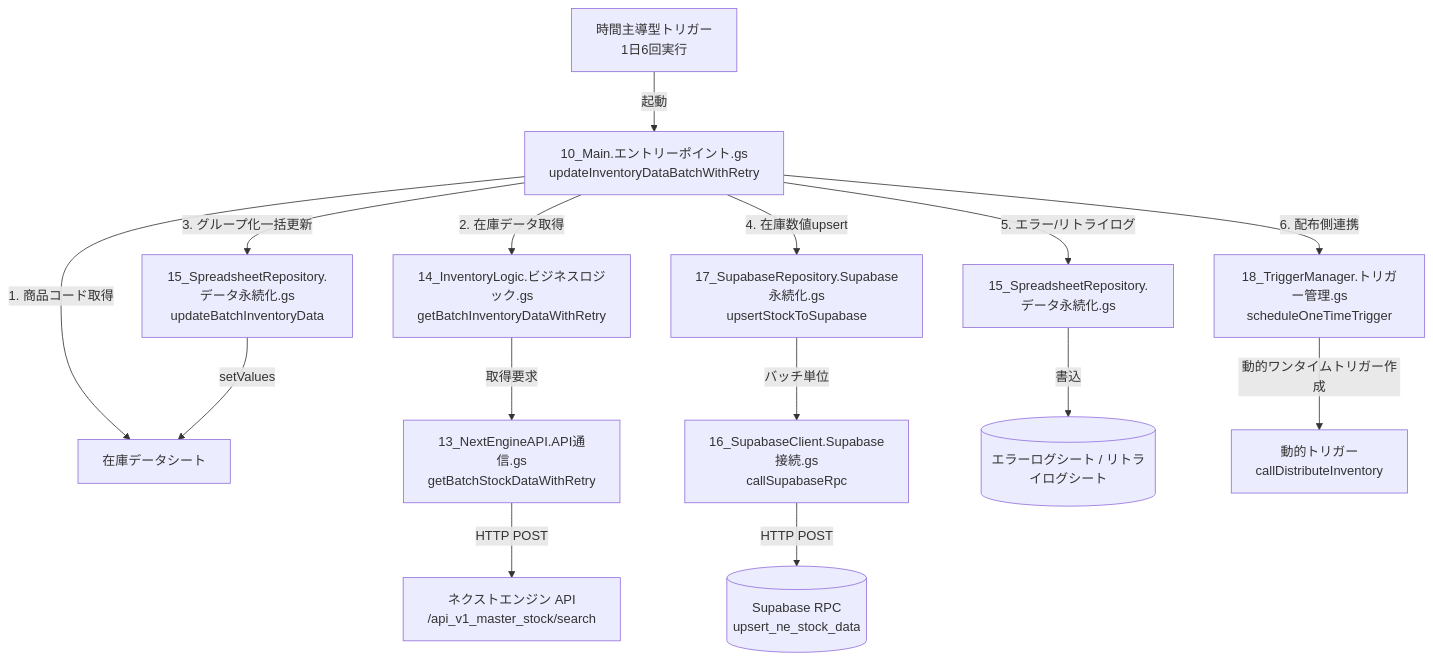
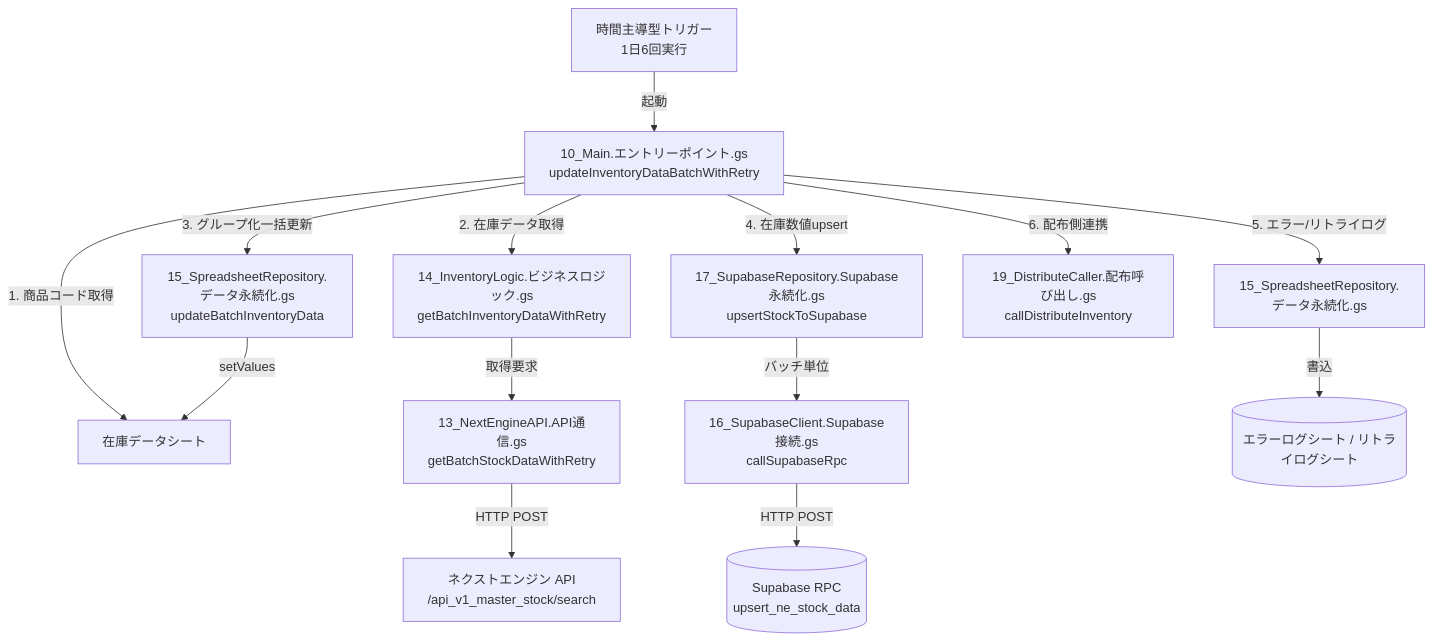
The second of 3 diagrams in GetInventoryData/README.md (Hide-JZX100/Supabase), drawn with Mermaid before and after one commit. The commit also changed other lines of this file, not shown here.

First line of the commit message:
docs(GetInventoryData): 直接呼び出し化に伴うREADME.mdの更新

````diff
--- a/GetInventoryData/README.md
+++ b/GetInventoryData/README.md
@@ -52,29 +51,28 @@
 ```mermaid
 graph TD
     Trigger[時間主導型トリガー<br>1日6回実行] -->|起動| Main[10_Main.エントリーポイント.gs<br>updateInventoryDataBatchWithRetry]
     
     %% スプレッドシート読み込み
     Main -->|1. 商品コード取得| SS[在庫データシート]
     
     %% APIバッチ取得（リトライ付き）
     Main -->|2. 在庫データ取得| Logic[14_InventoryLogic.ビジネスロジック.gs<br>getBatchInventoryDataWithRetry]
     Logic -->|取得要求| API[13_NextEngineAPI.API通信.gs<br>getBatchStockDataWithRetry]
     API -->|HTTP POST| NE_Stock[ネクストエンジン API<br>/api_v1_master_stock/search]
     
     %% スプレッドシート更新
     Main -->|3. グループ化一括更新| SSRepo[15_SpreadsheetRepository.データ永続化.gs<br>updateBatchInventoryData]
     SSRepo -->|setValues| SS
     
     %% Supabase更新
     Main -->|4. 在庫数値upsert| Repo[17_SupabaseRepository.Supabase永続化.gs<br>upsertStockToSupabase]
     Repo -->|バッチ単位| Client[16_SupabaseClient.Supabase接続.gs<br>callSupabaseRpc]
     Client -->|HTTP POST| RPC[(Supabase RPC<br>upsert_ne_stock_data)]
     
     %% ログ記録
     Main -->|5. エラー/リトライログ| SSRepo2[15_SpreadsheetRepository.データ永続化.gs]
     SSRepo2 -->|書込| LogSheets[(エラーログシート / リトライログシート)]
     
     %% 配布側連携
-    Main -->|6. 配布側連携| TriggerMgr[18_TriggerManager.トリガー管理.gs<br>scheduleOneTimeTrigger]
-    TriggerMgr -->|動的ワンタイムトリガー作成| DistTrigger[動的トリガー<br>callDistributeInventory]
+    Main -->|6. 配布側連携| Caller[19_DistributeCaller.配布呼び出し.gs<br>callDistributeInventory]
 ```
````
